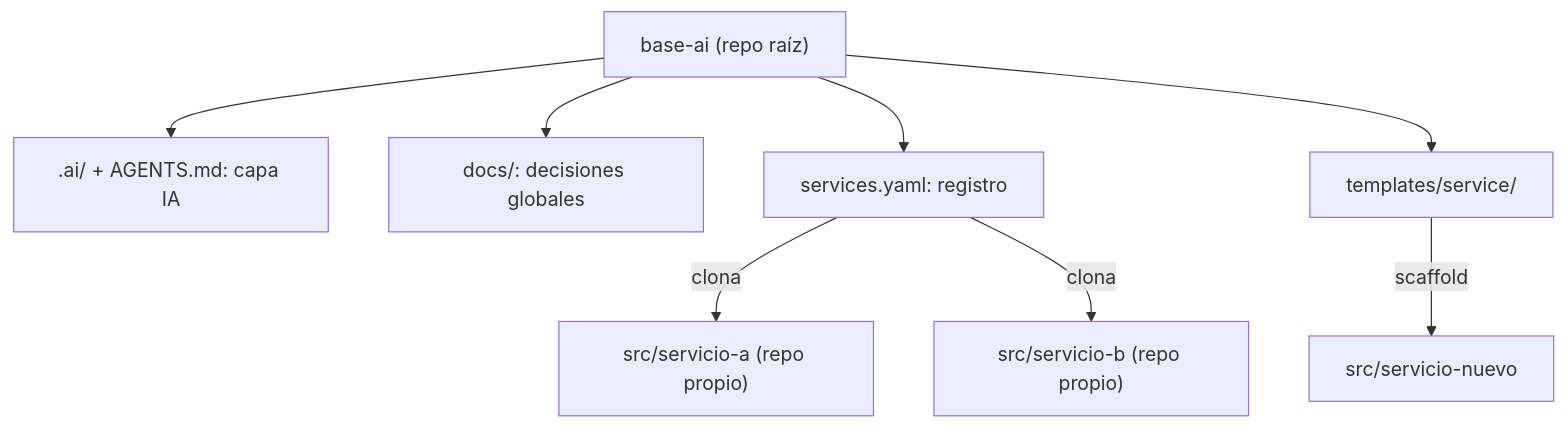
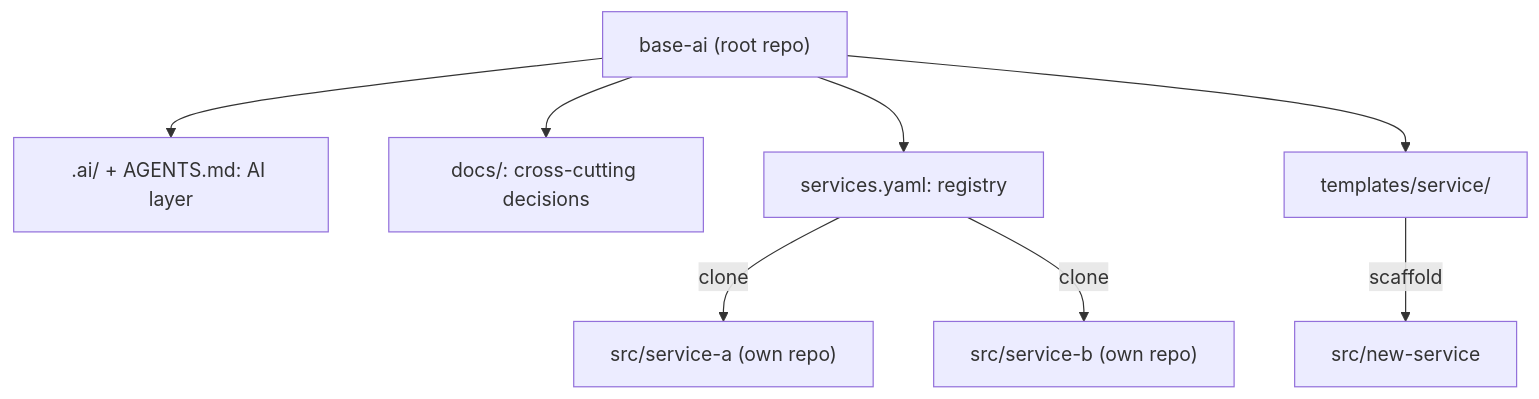
Before and after one commit to carlos17031691/base-ai: the diagram in README.md, drawn with Mermaid. The commit also changed other lines of this file and 45 other files, not shown here.

````diff
--- a/README.md
+++ b/README.md
@@ -11,10 +11,10 @@
 ```mermaid
 flowchart TD
-    root["base-ai (repo raíz)"] --> ai[".ai/ + AGENTS.md: capa IA"]
-    root --> docs["docs/: decisiones globales"]
-    root --> manifest["services.yaml: registro"]
+    root["base-ai (root repo)"] --> ai[".ai/ + AGENTS.md: AI layer"]
+    root --> docs["docs/: cross-cutting decisions"]
+    root --> manifest["services.yaml: registry"]
     root --> tpl["templates/service/"]
-    manifest -->|clona| s1["src/servicio-a (repo propio)"]
-    manifest -->|clona| s2["src/servicio-b (repo propio)"]
-    tpl -->|scaffold| s3["src/servicio-nuevo"]
+    manifest -->|clone| s1["src/service-a (own repo)"]
+    manifest -->|clone| s2["src/service-b (own repo)"]
+    tpl -->|scaffold| s3["src/new-service"]
 ```
````
